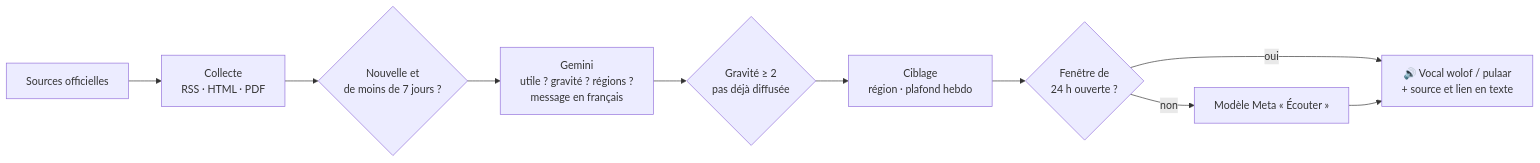
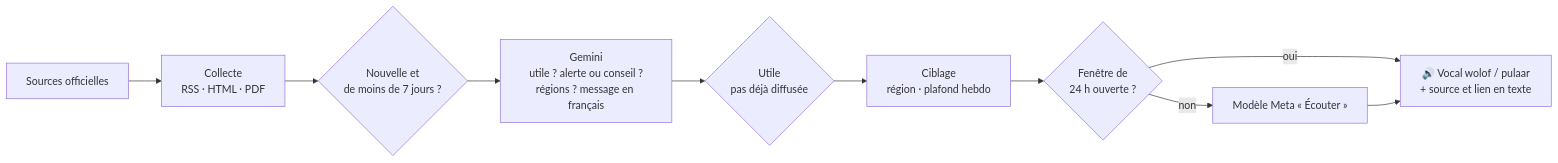
Before and after one commit to Alioukun221/Sunuchat_Voicebot: the sixth of 7 diagrams in README.md, drawn with Mermaid. The commit also changed other lines of this file and 5 other files, not shown here.

````diff
--- a/README.md
+++ b/README.md
@@ -318,11 +324,11 @@
 ```mermaid
 flowchart LR
     SRC["Sources officielles"] --> COL["Collecte<br/>RSS · HTML · PDF"]
     COL --> NEW{"Nouvelle et<br/>de moins de 7 jours ?"}
-    NEW --> GEM["Gemini<br/>utile ? gravité ? régions ?<br/>message en français"]
-    GEM --> GARDE{"Gravité ≥ 2<br/>pas déjà diffusée"}
+    NEW --> GEM["Gemini<br/>utile ? alerte ou conseil ?<br/>régions ? message en français"]
+    GEM --> GARDE{"Utile<br/>pas déjà diffusée"}
     GARDE --> CIBLE["Ciblage<br/>région · plafond hebdo"]
     CIBLE --> WIN{"Fenêtre de<br/>24 h ouverte ?"}
     WIN -- oui --> VOC["🔊 Vocal wolof / pulaar<br/>+ source et lien en texte"]
     WIN -- non --> TPL["Modèle Meta « Écouter »"] --> VOC
 ```
````
